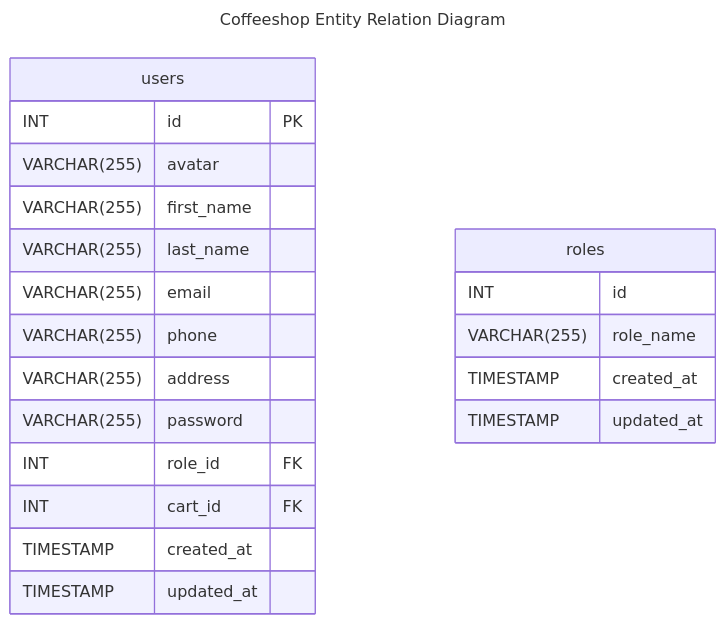
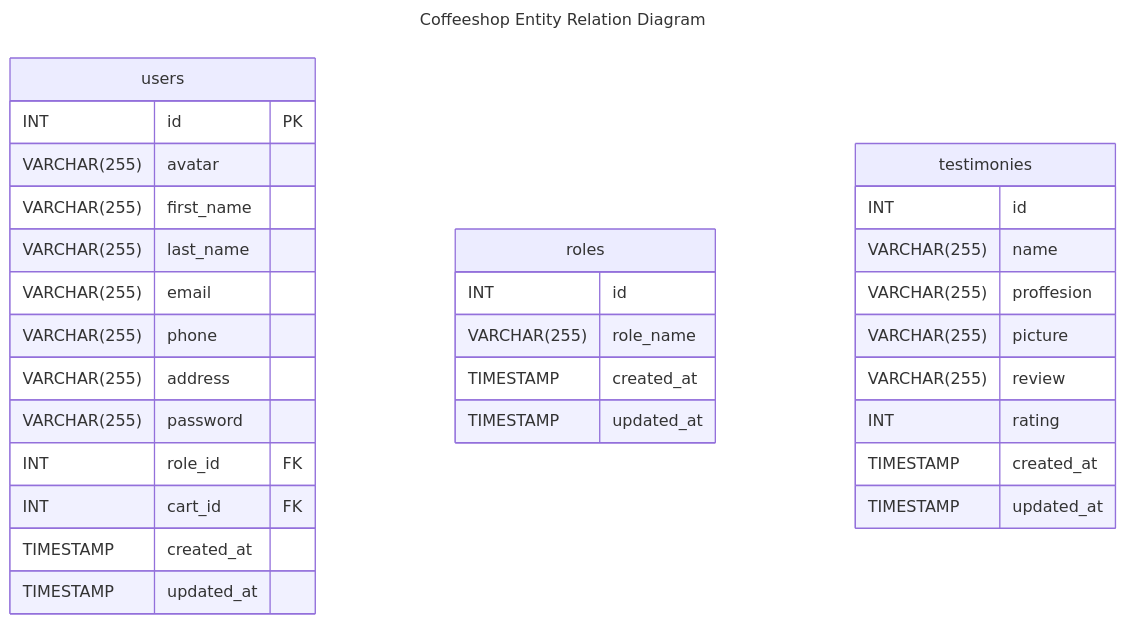
Before and after one commit to rezafauzan/koda-b6-db: the diagram in readme.md, drawn with Mermaid.

Commit message:
Feat: add new entity testimonies

````diff
--- a/readme.md
+++ b/readme.md
@@ -2,27 +2,39 @@
 ```mermaid
 ---
 title: Coffeeshop Entity Relation Diagram
 ---
     erDiagram
+
     users {
-    INT id PK 
-    VARCHAR(255) avatar
-    VARCHAR(255) first_name
-    VARCHAR(255) last_name
-    VARCHAR(255) email
-    VARCHAR(255) phone
-    VARCHAR(255) address
-    VARCHAR(255) password
-    INT role_id FK
-    INT cart_id FK
-    TIMESTAMP created_at
-    TIMESTAMP updated_at
+        INT id PK 
+        VARCHAR(255) avatar
+        VARCHAR(255) first_name
+        VARCHAR(255) last_name
+        VARCHAR(255) email
+        VARCHAR(255) phone
+        VARCHAR(255) address
+        VARCHAR(255) password
+        INT role_id FK
+        INT cart_id FK
+        TIMESTAMP created_at
+        TIMESTAMP updated_at
     }
 
     roles{
         INT id 
         VARCHAR(255) role_name
         TIMESTAMP created_at
         TIMESTAMP updated_at
     }
+
+    testimonies {
+        INT id
+        VARCHAR(255) name
+        VARCHAR(255) proffesion
+        VARCHAR(255) picture
+        VARCHAR(255) review
+        INT rating
+        TIMESTAMP created_at
+        TIMESTAMP updated_at
+    }
 ```
````
